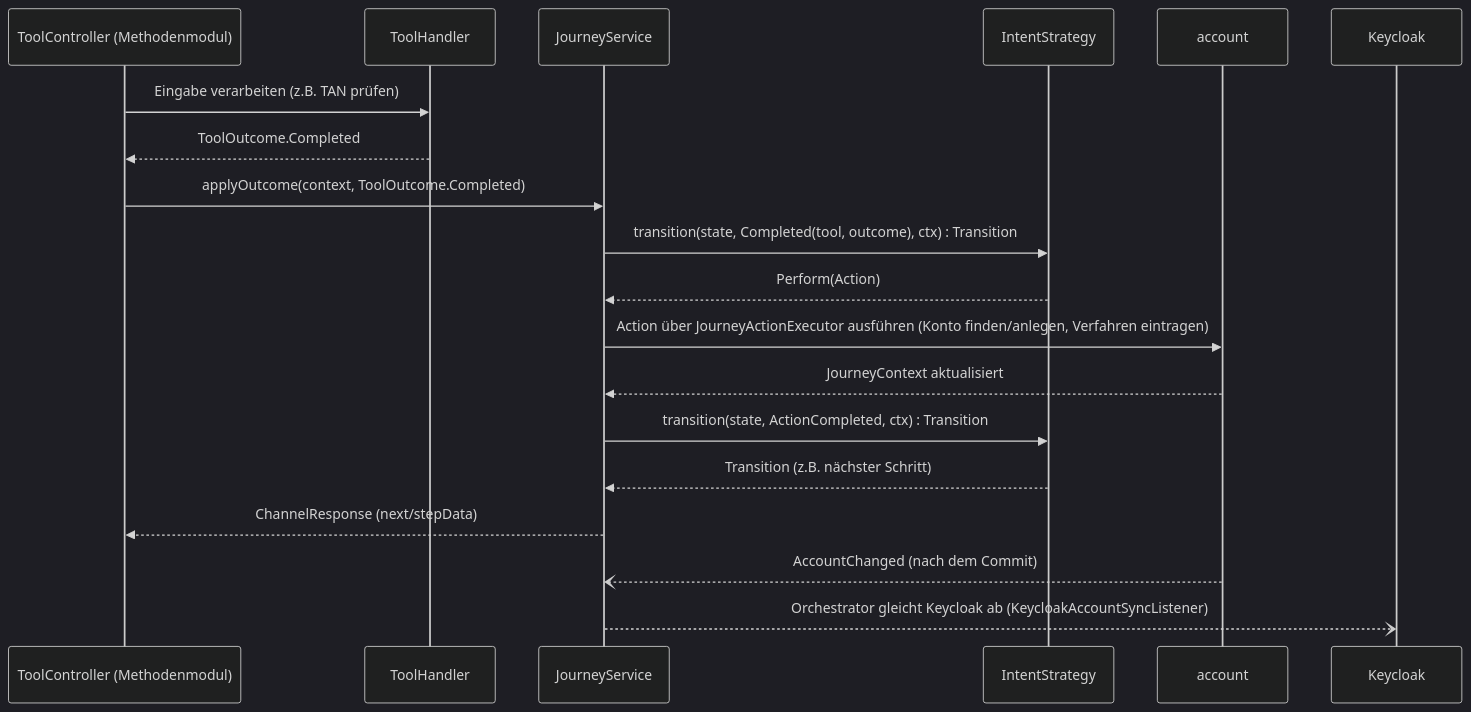
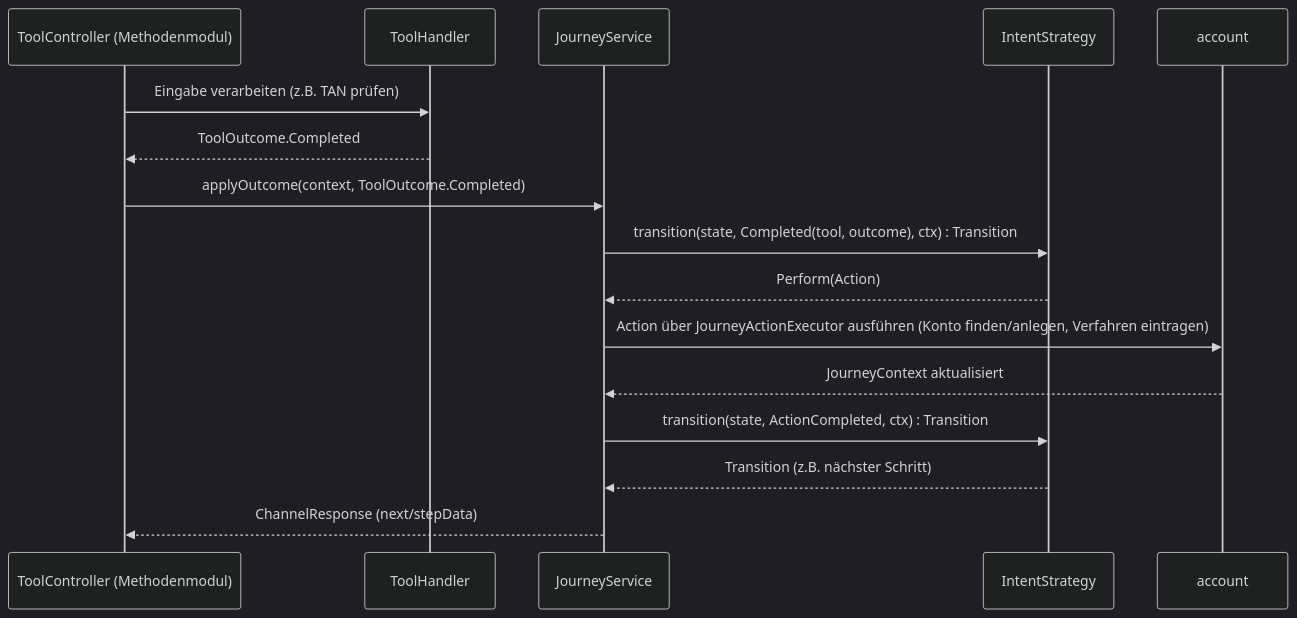
One commit to rpreissel/DPoP-demo changed the second of 2 diagrams in docs/03-tool-architektur.md. Above: the diagram before and after it, drawn with Mermaid (dark theme). The commit also changed other lines of this file and 32 other files, not shown here.

````diff
--- a/docs/03-tool-architektur.md
+++ b/docs/03-tool-architektur.md
@@ -52,23 +53,20 @@
 ```mermaid
 sequenceDiagram
   participant TC as ToolController (Methodenmodul)
   participant TH as ToolHandler
   participant JS as JourneyService
   participant IS as IntentStrategy
   participant AC as account
-  participant KC as Keycloak
 
   TC->>TH: Eingabe verarbeiten (z.B. TAN prüfen)
   TH-->>TC: ToolOutcome.Completed
 
   TC->>JS: applyOutcome(context, ToolOutcome.Completed)
   JS->>IS: transition(state, Completed(tool, outcome), ctx) : Transition
   IS-->>JS: Perform(Action)
   JS->>AC: Action über JourneyActionExecutor ausführen (Konto finden/anlegen, Verfahren eintragen)
   AC-->>JS: JourneyContext aktualisiert
   JS->>IS: transition(state, ActionCompleted, ctx) : Transition
   IS-->>JS: Transition (z.B. nächster Schritt)
   JS-->>TC: ChannelResponse (next/stepData)
-  AC--)JS: AccountChanged (nach dem Commit)
-  JS--)KC: Orchestrator gleicht Keycloak ab (KeycloakAccountSyncListener)
 ```
````
